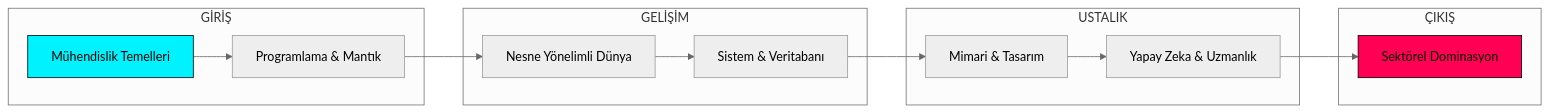
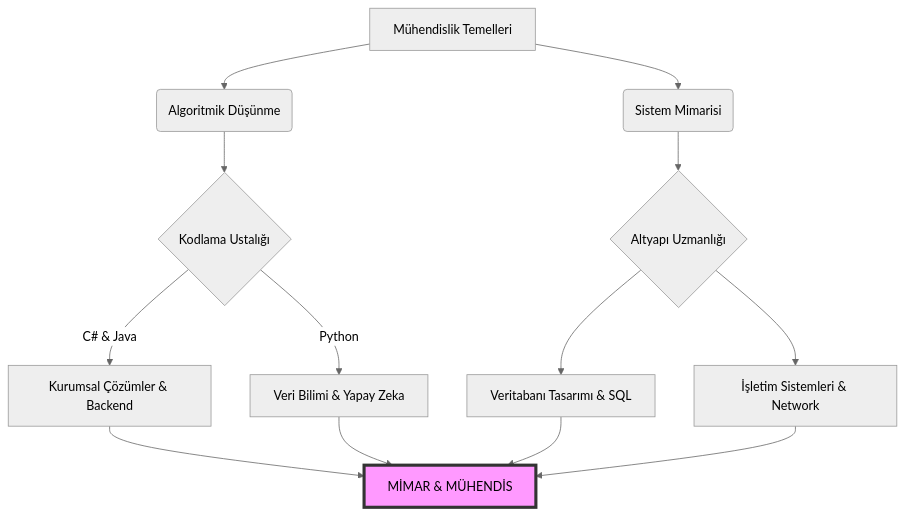
The diagram in README.md (bahattinyunus/Karadeniz-Teknik-Universitesi-Yazilim-Muhendisligi-Ders-Notlari), drawn with Mermaid (neutral theme) before and after one commit. The commit also changed other lines of this file and 9 other files, not shown here.

````diff
--- a/README.md
+++ b/README.md
@@ -159,19 +119,20 @@
 ```mermaid
-graph LR
-    subgraph "GİRİŞ"
-    A[Mühendislik Temelleri] --> B[Programlama & Mantık]
-    end
-    subgraph "GELİŞİM"
-    B --> C[Nesne Yönelimli Dünya]
-    C --> D[Sistem & Veritabanı]
-    end
-    subgraph "USTALIK"
-    D --> E[Mimari & Tasarım]
-    E --> F[Yapay Zeka & Uzmanlık]
-    end
-    subgraph "ÇIKIŞ"
-    F --> G[Sektörel Dominasyon]
-    end
-    style A fill:#00f2ff,stroke:#000
-    style G fill:#ff0055,stroke:#000
+graph TD
+    A[Mühendislik Temelleri] --> B(Algoritmik Düşünme)
+    A --> C(Sistem Mimarisi)
+    
+    B --> D{Kodlama Ustalığı}
+    D --> |C# & Java| E[Kurumsal Çözümler & Backend]
+    D --> |Python| F[Veri Bilimi & Yapay Zeka]
+    
+    C --> G{Altyapı Uzmanlığı}
+    G --> H[Veritabanı Tasarımı & SQL]
+    G --> I[İşletim Sistemleri & Network]
+    
+    E --> J[MİMAR & MÜHENDİS]
+    F --> J
+    H --> J
+    I --> J
+    
+    style J fill:#f9f,stroke:#333,stroke-width:4px
 ```
````
